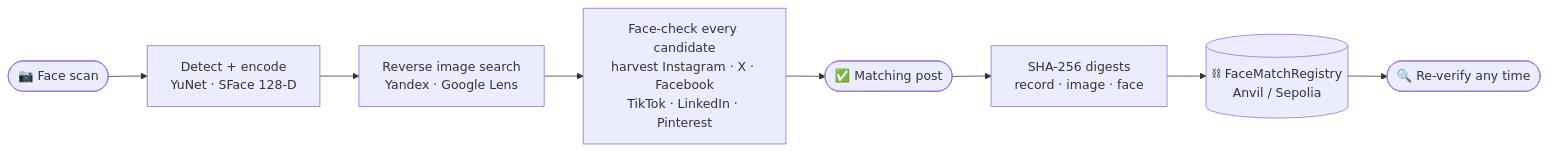
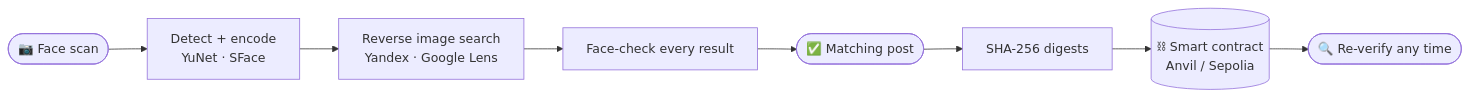
One commit to sachin-2004jlr/HHGOA3 changed the diagram in README.md. Above: the diagram before and after it, drawn with Mermaid. The commit also changed other lines of this file and 13 other files, not shown here.

Commit message:
Remove Apify harvest; keyword widening restored; matched-image strip; ruff lint config and CI; simpler README

````diff
--- a/README.md
+++ b/README.md
@@ -21,10 +23,10 @@
 ```mermaid
 flowchart LR
-    A([📷 Face scan]) --> B[Detect + encode<br/>YuNet · SFace 128-D]
+    A([📷 Face scan]) --> B[Detect + encode<br/>YuNet · SFace]
     B --> C[Reverse image search<br/>Yandex · Google Lens]
-    C --> D[Face-check every candidate<br/>harvest Instagram · X · Facebook<br/>TikTok · LinkedIn · Pinterest]
+    C --> D[Face-check every result]
     D --> E([✅ Matching post])
-    E --> F[SHA-256 digests<br/>record · image · face]
-    F --> G[(⛓ FaceMatchRegistry<br/>Anvil / Sepolia)]
+    E --> F[SHA-256 digests]
+    F --> G[(⛓ Smart contract<br/>Anvil / Sepolia)]
     G --> H([🔍 Re-verify any time])
 ```
````
